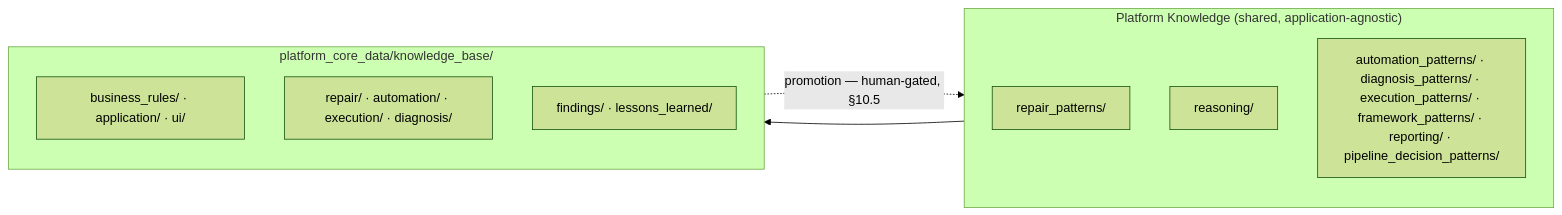
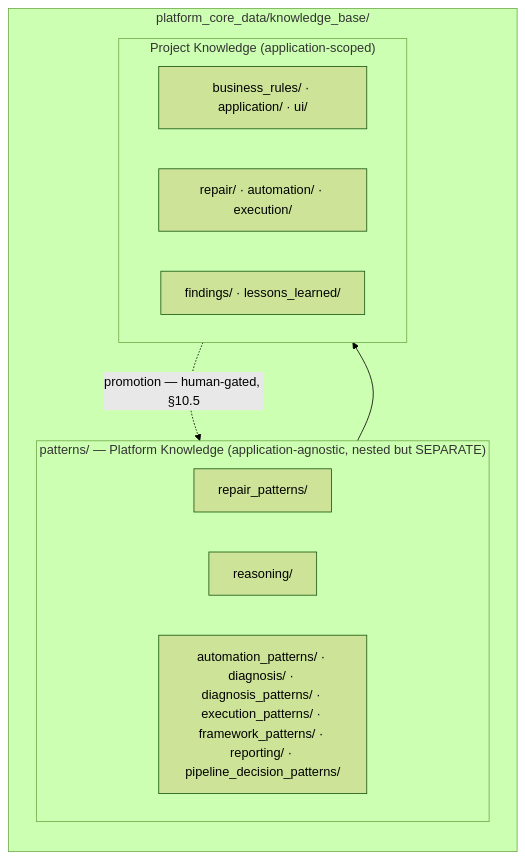
One commit to HusseinAtaHussein1/AISeatMap changed the eighth of 10 diagrams in README.md. Above: the diagram before and after it, drawn with Mermaid (forest theme). The commit also changed other lines of this file and 36 other files, not shown here.

````diff
--- a/README.md
+++ b/README.md
@@ -563,16 +575,18 @@
 ```mermaid
 flowchart LR
-    subgraph Platform["Platform Knowledge (shared, application-agnostic)"]
-        RP["repair_patterns/"]
-        RS["reasoning/"]
-        OTH["automation_patterns/ · diagnosis_patterns/ · execution_patterns/ · framework_patterns/ · reporting/ · pipeline_decision_patterns/"]
-    end
-    subgraph ProjA["platform_core_data/knowledge_base/"]
-        A1["business_rules/ · application/ · ui/"]
-        A2["repair/ · automation/ · execution/ · diagnosis/"]
-        A3["findings/ · lessons_learned/"]
+    subgraph KB["platform_core_data/knowledge_base/"]
+        subgraph Platform["patterns/ — Platform Knowledge (application-agnostic, nested but SEPARATE)"]
+            RP["repair_patterns/"]
+            RS["reasoning/"]
+            OTH["automation_patterns/ · diagnosis/ · diagnosis_patterns/ · execution_patterns/ · framework_patterns/ · reporting/ · pipeline_decision_patterns/"]
+        end
+        subgraph ProjA["Project Knowledge (application-scoped)"]
+            A1["business_rules/ · application/ · ui/"]
+            A2["repair/ · automation/ · execution/"]
+            A3["findings/ · lessons_learned/"]
+        end
     end
 
     Platform --> ProjA
     ProjA -. "promotion — human-gated, §10.5" .-> Platform
 ```
````
